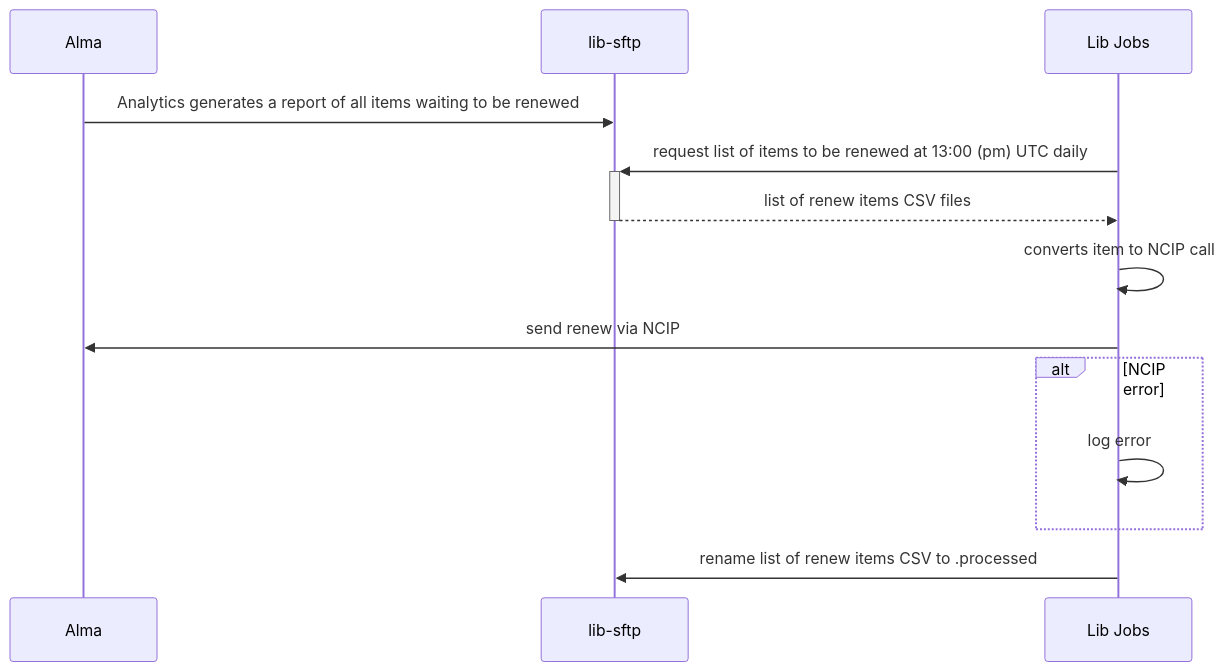
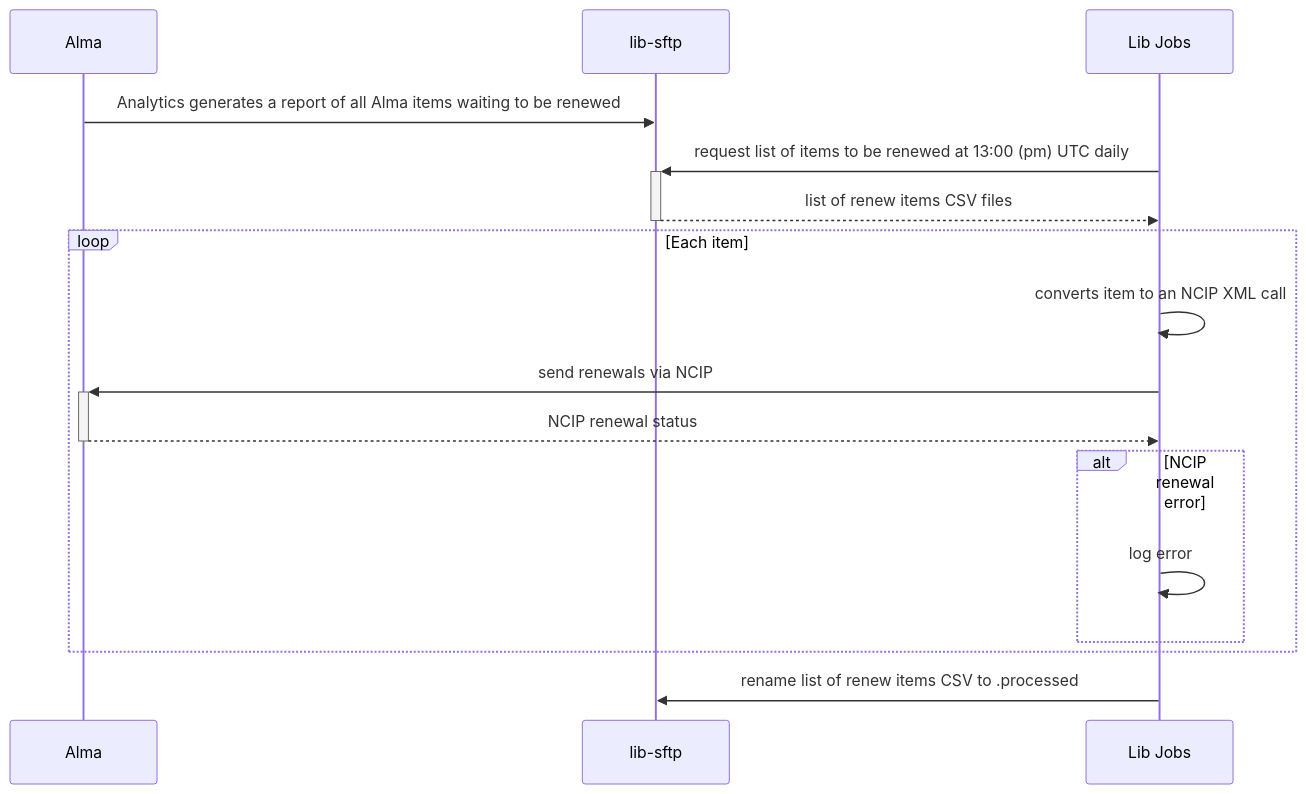
The diagram in docs/alma_renew/README.md (pulibrary/lib_jobs), drawn with Mermaid before and after one commit.

Commit message:
Refining the alma renew chart

````diff
--- a/docs/alma_renew/README.md
+++ b/docs/alma_renew/README.md
@@ -7,12 +7,15 @@
 ```mermaid
 sequenceDiagram
-    Alma->>lib-sftp: Analytics generates a report of all items waiting to be renewed
+    Alma->>lib-sftp: Analytics generates a report of all Alma items waiting to be renewed
     Lib Jobs->>+lib-sftp: request list of items to be renewed at 13:00 (pm) UTC daily
     lib-sftp-->>-Lib Jobs: list of renew items CSV files
-    Lib Jobs->>Lib Jobs: converts item to NCIP call
-    Lib Jobs->>Alma: send renew via NCIP
-    alt NCIP error
-      Lib Jobs->>Lib Jobs: log error      
+    loop Each item
+      Lib Jobs->>Lib Jobs: converts item to an NCIP XML call
+      Lib Jobs->>+Alma: send renewals via NCIP
+      Alma-->>-Lib Jobs: NCIP renewal status
+      alt NCIP renewal error
+        Lib Jobs->>Lib Jobs: log error      
+      end
     end
     Lib Jobs->>lib-sftp: rename list of renew items CSV to .processed
 ```
````
